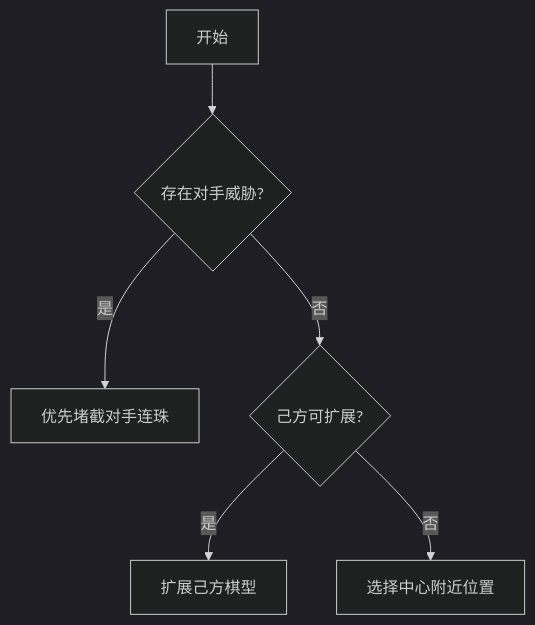
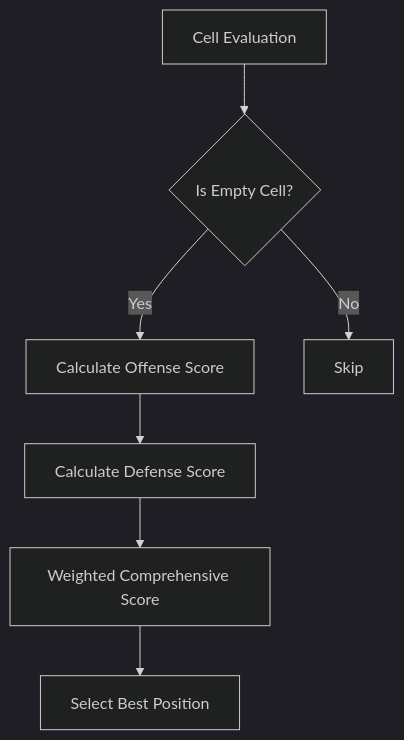
Before and after one commit to s-JoL/RL-ChessMaster: the diagram in README.md, drawn with Mermaid (dark theme). The commit also changed other lines of this file and 1 other file, not shown here.

````diff
--- a/README.md
+++ b/README.md
@@ -40,8 +22,9 @@
 ```mermaid
 graph TD
-    A[开始] --> B{存在对手威胁?}
-    B -->|是| C[优先堵截对手连珠]
-    B -->|否| D{己方可扩展?}
-    D -->|是| E[扩展己方棋型]
-    D -->|否| F[选择中心附近位置]
+    A[Cell Evaluation] --> B{Is Empty Cell?}
+    B -->|Yes| C[Calculate Offense Score]
+    B -->|No| D[Skip]
+    C --> E[Calculate Defense Score]
+    E --> F[Weighted Comprehensive Score]
+    F --> G[Select Best Position]
 ```
````
